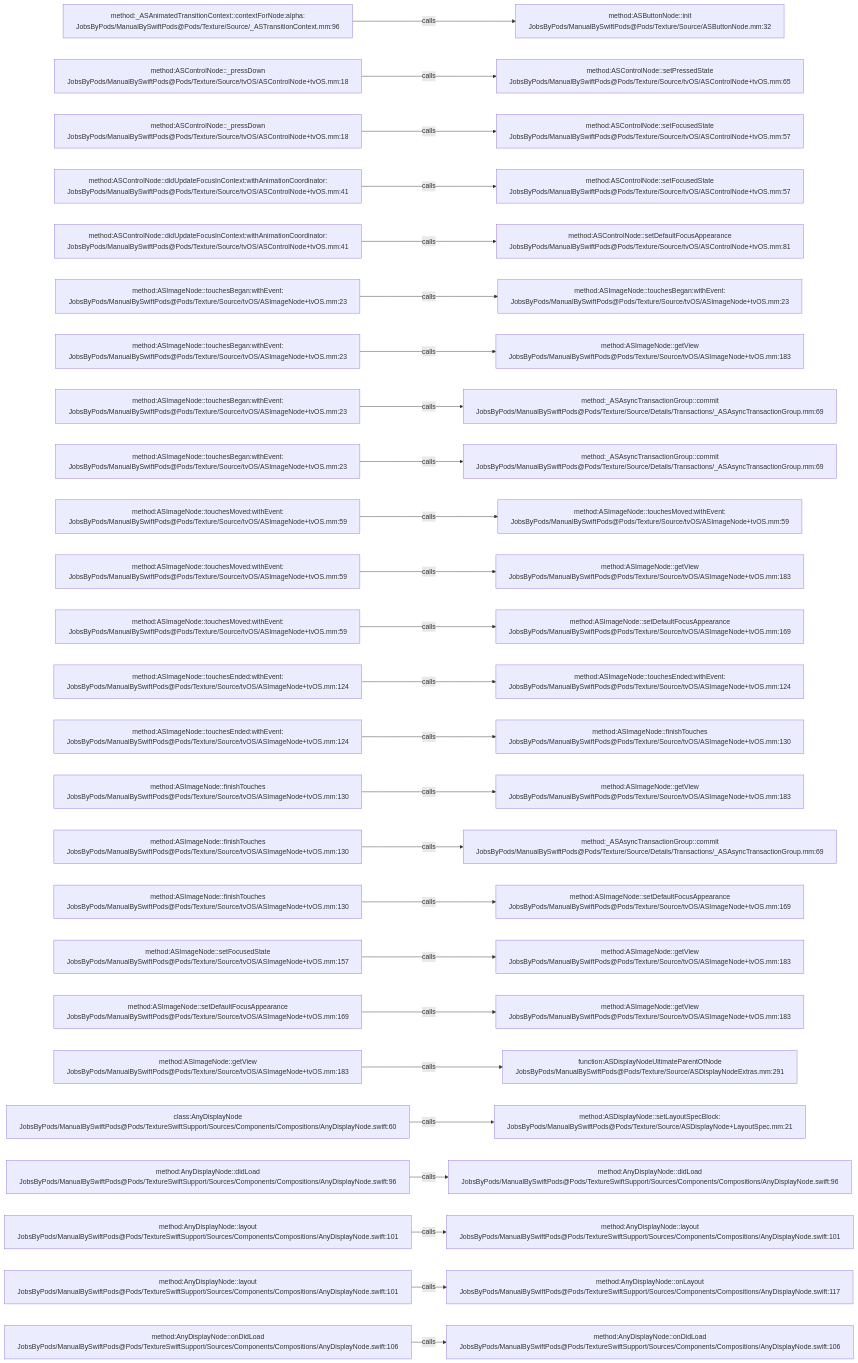
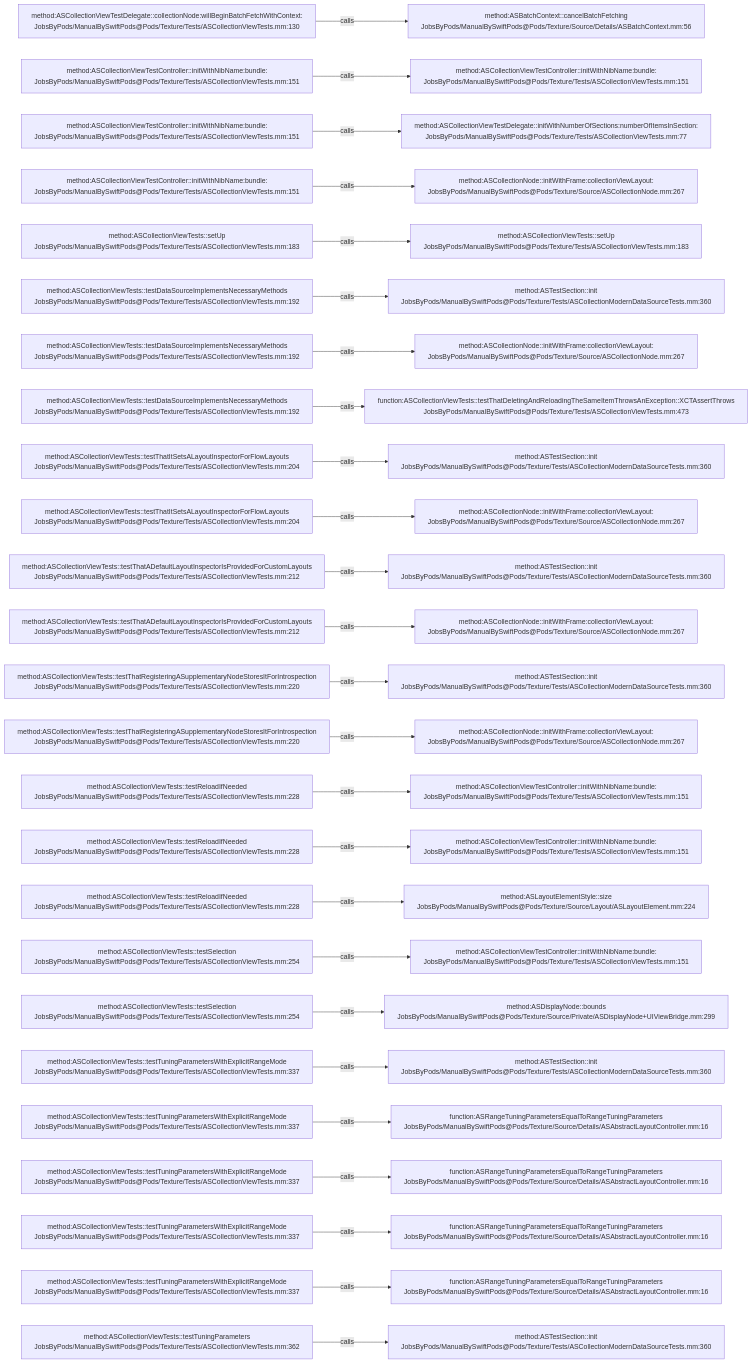
One commit to JobsKits/JobsSwiftBaseConfigDemo changed the diagram in .codegraph/codegraph.md/graphs/calls-171.md. Above: the diagram before and after it, drawn with Mermaid. The commit also changed 832 other files, not shown here.

````diff
--- a/.codegraph/codegraph.md/graphs/calls-171.md
+++ b/.codegraph/codegraph.md/graphs/calls-171.md
@@ -13,78 +13,78 @@
 ```mermaid
 flowchart LR
-  S1["method:_ASAnimatedTransitionContext::contextForNode:alpha:<br/>JobsByPods/ManualBySwiftPods@Pods/Texture/Source/_ASTransitionContext.mm:96"]
-  T1["method:ASButtonNode::init<br/>JobsByPods/ManualBySwiftPods@Pods/Texture/Source/ASButtonNode.mm:32"]
+  S1["method:ASCollectionViewTestDelegate::collectionNode:willBeginBatchFetchWithContext:<br/>JobsByPods/ManualBySwiftPods@Pods/Texture/Tests/ASCollectionViewTests.mm:130"]
+  T1["method:ASBatchContext::cancelBatchFetching<br/>JobsByPods/ManualBySwiftPods@Pods/Texture/Source/Details/ASBatchContext.mm:56"]
   S1 -->|calls| T1
-  S2["method:ASControlNode::_pressDown<br/>JobsByPods/ManualBySwiftPods@Pods/Texture/Source/tvOS/ASControlNode+tvOS.mm:18"]
-  T2["method:ASControlNode::setPressedState<br/>JobsByPods/ManualBySwiftPods@Pods/Texture/Source/tvOS/ASControlNode+tvOS.mm:65"]
+  S2["method:ASCollectionViewTestController::initWithNibName:bundle:<br/>JobsByPods/ManualBySwiftPods@Pods/Texture/Tests/ASCollectionViewTests.mm:151"]
+  T2["method:ASCollectionViewTestController::initWithNibName:bundle:<br/>JobsByPods/ManualBySwiftPods@Pods/Texture/Tests/ASCollectionViewTests.mm:151"]
   S2 -->|calls| T2
-  S3["method:ASControlNode::_pressDown<br/>JobsByPods/ManualBySwiftPods@Pods/Texture/Source/tvOS/ASControlNode+tvOS.mm:18"]
-  T3["method:ASControlNode::setFocusedState<br/>JobsByPods/ManualBySwiftPods@Pods/Texture/Source/tvOS/ASControlNode+tvOS.mm:57"]
+  S3["method:ASCollectionViewTestController::initWithNibName:bundle:<br/>JobsByPods/ManualBySwiftPods@Pods/Texture/Tests/ASCollectionViewTests.mm:151"]
+  T3["method:ASCollectionViewTestDelegate::initWithNumberOfSections:numberOfItemsInSection:<br/>JobsByPods/ManualBySwiftPods@Pods/Texture/Tests/ASCollectionViewTests.mm:77"]
   S3 -->|calls| T3
-  S4["method:ASControlNode::didUpdateFocusInContext:withAnimationCoordinator:<br/>JobsByPods/ManualBySwiftPods@Pods/Texture/Source/tvOS/ASControlNode+tvOS.mm:41"]
-  T4["method:ASControlNode::setFocusedState<br/>JobsByPods/ManualBySwiftPods@Pods/Texture/Source/tvOS/ASControlNode+tvOS.mm:57"]
+  S4["method:ASCollectionViewTestController::initWithNibName:bundle:<br/>JobsByPods/ManualBySwiftPods@Pods/Texture/Tests/ASCollectionViewTests.mm:151"]
+  T4["method:ASCollectionNode::initWithFrame:collectionViewLayout:<br/>JobsByPods/ManualBySwiftPods@Pods/Texture/Source/ASCollectionNode.mm:267"]
   S4 -->|calls| T4
-  S5["method:ASControlNode::didUpdateFocusInContext:withAnimationCoordinator:<br/>JobsByPods/ManualBySwiftPods@Pods/Texture/Source/tvOS/ASControlNode+tvOS.mm:41"]
-  T5["method:ASControlNode::setDefaultFocusAppearance<br/>JobsByPods/ManualBySwiftPods@Pods/Texture/Source/tvOS/ASControlNode+tvOS.mm:81"]
+  S5["method:ASCollectionViewTests::setUp<br/>JobsByPods/ManualBySwiftPods@Pods/Texture/Tests/ASCollectionViewTests.mm:183"]
+  T5["method:ASCollectionViewTests::setUp<br/>JobsByPods/ManualBySwiftPods@Pods/Texture/Tests/ASCollectionViewTests.mm:183"]
   S5 -->|calls| T5
-  S6["method:ASImageNode::touchesBegan:withEvent:<br/>JobsByPods/ManualBySwiftPods@Pods/Texture/Source/tvOS/ASImageNode+tvOS.mm:23"]
-  T6["method:ASImageNode::touchesBegan:withEvent:<br/>JobsByPods/ManualBySwiftPods@Pods/Texture/Source/tvOS/ASImageNode+tvOS.mm:23"]
+  S6["method:ASCollectionViewTests::testDataSourceImplementsNecessaryMethods<br/>JobsByPods/ManualBySwiftPods@Pods/Texture/Tests/ASCollectionViewTests.mm:192"]
+  T6["method:ASTestSection::init<br/>JobsByPods/ManualBySwiftPods@Pods/Texture/Tests/ASCollectionModernDataSourceTests.mm:360"]
   S6 -->|calls| T6
-  S7["method:ASImageNode::touchesBegan:withEvent:<br/>JobsByPods/ManualBySwiftPods@Pods/Texture/Source/tvOS/ASImageNode+tvOS.mm:23"]
-  T7["method:ASImageNode::getView<br/>JobsByPods/ManualBySwiftPods@Pods/Texture/Source/tvOS/ASImageNode+tvOS.mm:183"]
+  S7["method:ASCollectionViewTests::testDataSourceImplementsNecessaryMethods<br/>JobsByPods/ManualBySwiftPods@Pods/Texture/Tests/ASCollectionViewTests.mm:192"]
+  T7["method:ASCollectionNode::initWithFrame:collectionViewLayout:<br/>JobsByPods/ManualBySwiftPods@Pods/Texture/Source/ASCollectionNode.mm:267"]
   S7 -->|calls| T7
-  S8["method:ASImageNode::touchesBegan:withEvent:<br/>JobsByPods/ManualBySwiftPods@Pods/Texture/Source/tvOS/ASImageNode+tvOS.mm:23"]
-  T8["method:_ASAsyncTransactionGroup::commit<br/>JobsByPods/ManualBySwiftPods@Pods/Texture/Source/Details/Transactions/_ASAsyncTransactionGroup.mm:69"]
+  S8["method:ASCollectionViewTests::testDataSourceImplementsNecessaryMethods<br/>JobsByPods/ManualBySwiftPods@Pods/Texture/Tests/ASCollectionViewTests.mm:192"]
+  T8["function:ASCollectionViewTests::testThatDeletingAndReloadingTheSameItemThrowsAnException::XCTAssertThrows<br/>JobsByPods/ManualBySwiftPods@Pods/Texture/Tests/ASCollectionViewTests.mm:473"]
   S8 -->|calls| T8
-  S9["method:ASImageNode::touchesBegan:withEvent:<br/>JobsByPods/ManualBySwiftPods@Pods/Texture/Source/tvOS/ASImageNode+tvOS.mm:23"]
-  T9["method:_ASAsyncTransactionGroup::commit<br/>JobsByPods/ManualBySwiftPods@Pods/Texture/Source/Details/Transactions/_ASAsyncTransactionGroup.mm:69"]
+  S9["method:ASCollectionViewTests::testThatItSetsALayoutInspectorForFlowLayouts<br/>JobsByPods/ManualBySwiftPods@Pods/Texture/Tests/ASCollectionViewTests.mm:204"]
+  T9["method:ASTestSection::init<br/>JobsByPods/ManualBySwiftPods@Pods/Texture/Tests/ASCollectionModernDataSourceTests.mm:360"]
   S9 -->|calls| T9
-  S10["method:ASImageNode::touchesMoved:withEvent:<br/>JobsByPods/ManualBySwiftPods@Pods/Texture/Source/tvOS/ASImageNode+tvOS.mm:59"]
-  T10["method:ASImageNode::touchesMoved:withEvent:<br/>JobsByPods/ManualBySwiftPods@Pods/Texture/Source/tvOS/ASImageNode+tvOS.mm:59"]
+  S10["method:ASCollectionViewTests::testThatItSetsALayoutInspectorForFlowLayouts<br/>JobsByPods/ManualBySwiftPods@Pods/Texture/Tests/ASCollectionViewTests.mm:204"]
+  T10["method:ASCollectionNode::initWithFrame:collectionViewLayout:<br/>JobsByPods/ManualBySwiftPods@Pods/Texture/Source/ASCollectionNode.mm:267"]
   S10 -->|calls| T10
-  S11["method:ASImageNode::touchesMoved:withEvent:<br/>JobsByPods/ManualBySwiftPods@Pods/Texture/Source/tvOS/ASImageNode+tvOS.mm:59"]
-  T11["method:ASImageNode::getView<br/>JobsByPods/ManualBySwiftPods@Pods/Texture/Source/tvOS/ASImageNode+tvOS.mm:183"]
+  S11["method:ASCollectionViewTests::testThatADefaultLayoutInspectorIsProvidedForCustomLayouts<br/>JobsByPods/ManualBySwiftPods@Pods/Texture/Tests/ASCollectionViewTests.mm:212"]
+  T11["method:ASTestSection::init<br/>JobsByPods/ManualBySwiftPods@Pods/Texture/Tests/ASCollectionModernDataSourceTests.mm:360"]
   S11 -->|calls| T11
-  S12["method:ASImageNode::touchesMoved:withEvent:<br/>JobsByPods/ManualBySwiftPods@Pods/Texture/Source/tvOS/ASImageNode+tvOS.mm:59"]
-  T12["method:ASImageNode::setDefaultFocusAppearance<br/>JobsByPods/ManualBySwiftPods@Pods/Texture/Source/tvOS/ASImageNode+tvOS.mm:169"]
+  S12["method:ASCollectionViewTests::testThatADefaultLayoutInspectorIsProvidedForCustomLayouts<br/>JobsByPods/ManualBySwiftPods@Pods/Texture/Tests/ASCollectionViewTests.mm:212"]
+  T12["method:ASCollectionNode::initWithFrame:collectionViewLayout:<br/>JobsByPods/ManualBySwiftPods@Pods/Texture/Source/ASCollectionNode.mm:267"]
   S12 -->|calls| T12
-  S13["method:ASImageNode::touchesEnded:withEvent:<br/>JobsByPods/ManualBySwiftPods@Pods/Texture/Source/tvOS/ASImageNode+tvOS.mm:124"]
-  T13["method:ASImageNode::touchesEnded:withEvent:<br/>JobsByPods/ManualBySwiftPods@Pods/Texture/Source/tvOS/ASImageNode+tvOS.mm:124"]
+  S13["method:ASCollectionViewTests::testThatRegisteringASupplementaryNodeStoresItForIntrospection<br/>JobsByPods/ManualBySwiftPods@Pods/Texture/Tests/ASCollectionViewTests.mm:220"]
+  T13["method:ASTestSection::init<br/>JobsByPods/ManualBySwiftPods@Pods/Texture/Tests/ASCollectionModernDataSourceTests.mm:360"]
   S13 -->|calls| T13
-  S14["method:ASImageNode::touchesEnded:withEvent:<br/>JobsByPods/ManualBySwiftPods@Pods/Texture/Source/tvOS/ASImageNode+tvOS.mm:124"]
-  T14["method:ASImageNode::finishTouches<br/>JobsByPods/ManualBySwiftPods@Pods/Texture/Source/tvOS/ASImageNode+tvOS.mm:130"]
+  S14["method:ASCollectionViewTests::testThatRegisteringASupplementaryNodeStoresItForIntrospection<br/>JobsByPods/ManualBySwiftPods@Pods/Texture/Tests/ASCollectionViewTests.mm:220"]
+  T14["method:ASCollectionNode::initWithFrame:collectionViewLayout:<br/>JobsByPods/ManualBySwiftPods@Pods/Texture/Source/ASCollectionNode.mm:267"]
   S14 -->|calls| T14
-  S15["method:ASImageNode::finishTouches<br/>JobsByPods/ManualBySwiftPods@Pods/Texture/Source/tvOS/ASImageNode+tvOS.mm:130"]
-  T15["method:ASImageNode::getView<br/>JobsByPods/ManualBySwiftPods@Pods/Texture/Source/tvOS/ASImageNode+tvOS.mm:183"]
+  S15["method:ASCollectionViewTests::testReloadIfNeeded<br/>JobsByPods/ManualBySwiftPods@Pods/Texture/Tests/ASCollectionViewTests.mm:228"]
+  T15["method:ASCollectionViewTestController::initWithNibName:bundle:<br/>JobsByPods/ManualBySwiftPods@Pods/Texture/Tests/ASCollectionViewTests.mm:151"]
   S15 -->|calls| T15
-  S16["method:ASImageNode::finishTouches<br/>JobsByPods/ManualBySwiftPods@Pods/Texture/Source/tvOS/ASImageNode+tvOS.mm:130"]
-  T16["method:_ASAsyncTransactionGroup::commit<br/>JobsByPods/ManualBySwiftPods@Pods/Texture/Source/Details/Transactions/_ASAsyncTransactionGroup.mm:69"]
+  S16["method:ASCollectionViewTests::testReloadIfNeeded<br/>JobsByPods/ManualBySwiftPods@Pods/Texture/Tests/ASCollectionViewTests.mm:228"]
+  T16["method:ASCollectionViewTestController::initWithNibName:bundle:<br/>JobsByPods/ManualBySwiftPods@Pods/Texture/Tests/ASCollectionViewTests.mm:151"]
   S16 -->|calls| T16
-  S17["method:ASImageNode::finishTouches<br/>JobsByPods/ManualBySwiftPods@Pods/Texture/Source/tvOS/ASImageNode+tvOS.mm:130"]
-  T17["method:ASImageNode::setDefaultFocusAppearance<br/>JobsByPods/ManualBySwiftPods@Pods/Texture/Source/tvOS/ASImageNode+tvOS.mm:169"]
+  S17["method:ASCollectionViewTests::testReloadIfNeeded<br/>JobsByPods/ManualBySwiftPods@Pods/Texture/Tests/ASCollectionViewTests.mm:228"]
+  T17["method:ASLayoutElementStyle::size<br/>JobsByPods/ManualBySwiftPods@Pods/Texture/Source/Layout/ASLayoutElement.mm:224"]
   S17 -->|calls| T17
-  S18["method:ASImageNode::setFocusedState<br/>JobsByPods/ManualBySwiftPods@Pods/Texture/Source/tvOS/ASImageNode+tvOS.mm:157"]
-  T18["method:ASImageNode::getView<br/>JobsByPods/ManualBySwiftPods@Pods/Texture/Source/tvOS/ASImageNode+tvOS.mm:183"]
+  S18["method:ASCollectionViewTests::testSelection<br/>JobsByPods/ManualBySwiftPods@Pods/Texture/Tests/ASCollectionViewTests.mm:254"]
+  T18["method:ASCollectionViewTestController::initWithNibName:bundle:<br/>JobsByPods/ManualBySwiftPods@Pods/Texture/Tests/ASCollectionViewTests.mm:151"]
   S18 -->|calls| T18
-  S19["method:ASImageNode::setDefaultFocusAppearance<br/>JobsByPods/ManualBySwiftPods@Pods/Texture/Source/tvOS/ASImageNode+tvOS.mm:169"]
-  T19["method:ASImageNode::getView<br/>JobsByPods/ManualBySwiftPods@Pods/Texture/Source/tvOS/ASImageNode+tvOS.mm:183"]
+  S19["method:ASCollectionViewTests::testSelection<br/>JobsByPods/ManualBySwiftPods@Pods/Texture/Tests/ASCollectionViewTests.mm:254"]
+  T19["method:ASDisplayNode::bounds<br/>JobsByPods/ManualBySwiftPods@Pods/Texture/Source/Private/ASDisplayNode+UIViewBridge.mm:299"]
   S19 -->|calls| T19
-  S20["method:ASImageNode::getView<br/>JobsByPods/ManualBySwiftPods@Pods/Texture/Source/tvOS/ASImageNode+tvOS.mm:183"]
-  T20["function:ASDisplayNodeUltimateParentOfNode<br/>JobsByPods/ManualBySwiftPods@Pods/Texture/Source/ASDisplayNodeExtras.mm:291"]
+  S20["method:ASCollectionViewTests::testTuningParametersWithExplicitRangeMode<br/>JobsByPods/ManualBySwiftPods@Pods/Texture/Tests/ASCollectionViewTests.mm:337"]
+  T20["method:ASTestSection::init<br/>JobsByPods/ManualBySwiftPods@Pods/Texture/Tests/ASCollectionModernDataSourceTests.mm:360"]
   S20 -->|calls| T20
-  S21["class:AnyDisplayNode<br/>JobsByPods/ManualBySwiftPods@Pods/TextureSwiftSupport/Sources/Components/Compositions/AnyDisplayNode.swift:60"]
-  T21["method:ASDisplayNode::setLayoutSpecBlock:<br/>JobsByPods/ManualBySwiftPods@Pods/Texture/Source/ASDisplayNode+LayoutSpec.mm:21"]
+  S21["method:ASCollectionViewTests::testTuningParametersWithExplicitRangeMode<br/>JobsByPods/ManualBySwiftPods@Pods/Texture/Tests/ASCollectionViewTests.mm:337"]
+  T21["function:ASRangeTuningParametersEqualToRangeTuningParameters<br/>JobsByPods/ManualBySwiftPods@Pods/Texture/Source/Details/ASAbstractLayoutController.mm:16"]
   S21 -->|calls| T21
-  S22["method:AnyDisplayNode::didLoad<br/>JobsByPods/ManualBySwiftPods@Pods/TextureSwiftSupport/Sources/Components/Compositions/AnyDisplayNode.swift:96"]
-  T22["method:AnyDisplayNode::didLoad<br/>JobsByPods/ManualBySwiftPods@Pods/TextureSwiftSupport/Sources/Components/Compositions/AnyDisplayNode.swift:96"]
+  S22["method:ASCollectionViewTests::testTuningParametersWithExplicitRangeMode<br/>JobsByPods/ManualBySwiftPods@Pods/Texture/Tests/ASCollectionViewTests.mm:337"]
+  T22["function:ASRangeTuningParametersEqualToRangeTuningParameters<br/>JobsByPods/ManualBySwiftPods@Pods/Texture/Source/Details/ASAbstractLayoutController.mm:16"]
   S22 -->|calls| T22
-  S23["method:AnyDisplayNode::layout<br/>JobsByPods/ManualBySwiftPods@Pods/TextureSwiftSupport/Sources/Components/Compositions/AnyDisplayNode.swift:101"]
-  T23["method:AnyDisplayNode::layout<br/>JobsByPods/ManualBySwiftPods@Pods/TextureSwiftSupport/Sources/Components/Compositions/AnyDisplayNode.swift:101"]
+  S23["method:ASCollectionViewTests::testTuningParametersWithExplicitRangeMode<br/>JobsByPods/ManualBySwiftPods@Pods/Texture/Tests/ASCollectionViewTests.mm:337"]
+  T23["function:ASRangeTuningParametersEqualToRangeTuningParameters<br/>JobsByPods/ManualBySwiftPods@Pods/Texture/Source/Details/ASAbstractLayoutController.mm:16"]
   S23 -->|calls| T23
-  S24["method:AnyDisplayNode::layout<br/>JobsByPods/ManualBySwiftPods@Pods/TextureSwiftSupport/Sources/Components/Compositions/AnyDisplayNode.swift:101"]
-  T24["method:AnyDisplayNode::onLayout<br/>JobsByPods/ManualBySwiftPods@Pods/TextureSwiftSupport/Sources/Components/Compositions/AnyDisplayNode.swift:117"]
+  S24["method:ASCollectionViewTests::testTuningParametersWithExplicitRangeMode<br/>JobsByPods/ManualBySwiftPods@Pods/Texture/Tests/ASCollectionViewTests.mm:337"]
+  T24["function:ASRangeTuningParametersEqualToRangeTuningParameters<br/>JobsByPods/ManualBySwiftPods@Pods/Texture/Source/Details/ASAbstractLayoutController.mm:16"]
   S24 -->|calls| T24
-  S25["method:AnyDisplayNode::onDidLoad<br/>JobsByPods/ManualBySwiftPods@Pods/TextureSwiftSupport/Sources/Components/Compositions/AnyDisplayNode.swift:106"]
-  T25["method:AnyDisplayNode::onDidLoad<br/>JobsByPods/ManualBySwiftPods@Pods/TextureSwiftSupport/Sources/Components/Compositions/AnyDisplayNode.swift:106"]
+  S25["method:ASCollectionViewTests::testTuningParameters<br/>JobsByPods/ManualBySwiftPods@Pods/Texture/Tests/ASCollectionViewTests.mm:362"]
+  T25["method:ASTestSection::init<br/>JobsByPods/ManualBySwiftPods@Pods/Texture/Tests/ASCollectionModernDataSourceTests.mm:360"]
   S25 -->|calls| T25
 ```
````
